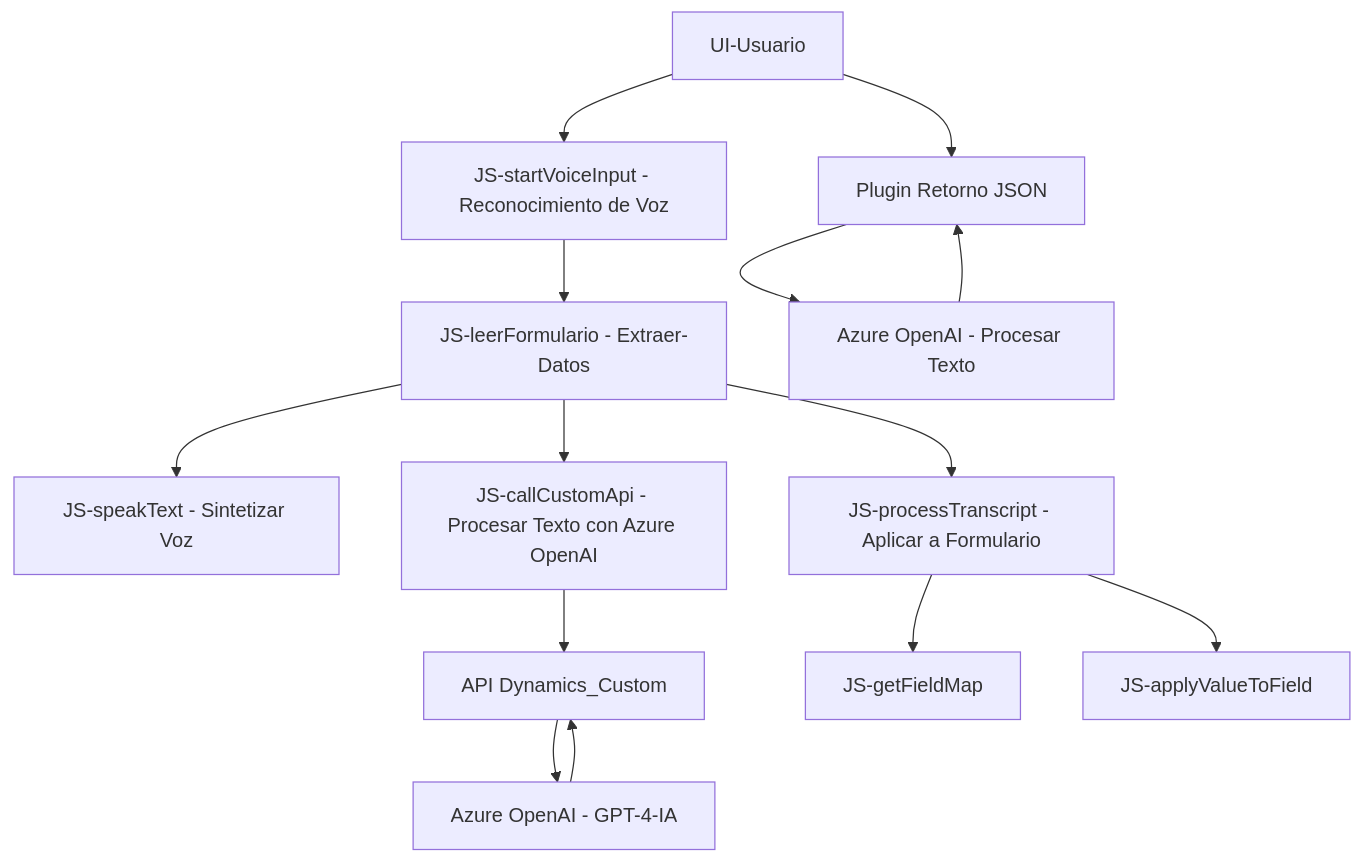
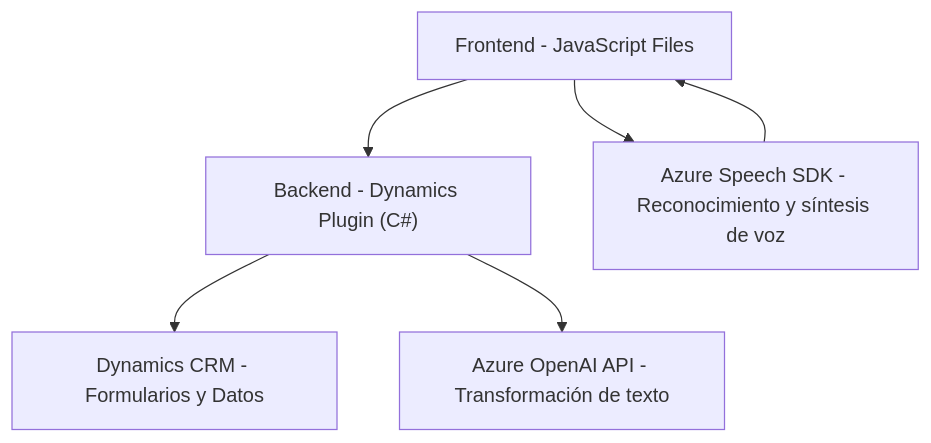
The diagram in README.md (blopezdm/NETCORE_BILBAO2025), drawn with Mermaid before and after one commit. The commit also changed other lines of this file, not shown here.

Commit message:
Actualizar análisis global de la solución con IA

````diff
--- a/README.md
+++ b/README.md
@@ -42,16 +44,14 @@
 ```mermaid
 graph TD
-    A["UI-Usuario"] --> B["JS-startVoiceInput - Reconocimiento de Voz"]
-    B --> C["JS-leerFormulario - Extraer-Datos"]
-    C --> D["JS-speakText - Sintetizar Voz"]
-    C --> E["JS-callCustomApi - Procesar Texto con Azure OpenAI"]
-    E --> F["API Dynamics_Custom"]
-    F --> G["Azure OpenAI - GPT-4-IA"]
-    G --> F 
-    C --> H["JS-processTranscript - Aplicar a Formulario"]
-    H --> I["JS-getFieldMap"]
-    H --> J["JS-applyValueToField"]
-    A --> K["Plugin-TransformTextWithAzure"]
-    K --> L["Azure OpenAI - Procesar Texto"]
-    L --> K["Plugin Retorno JSON"]
+    A["Frontend - JavaScript Files"]
+    B["Backend - Dynamics Plugin (C#)"]
+    C["Azure Speech SDK - Reconocimiento y síntesis de voz"]
+    D["Azure OpenAI API - Transformación de texto"]
+    E["Dynamics CRM - Formularios y Datos"]
+
+    A --> C
+    A --> B
+    B --> E
+    B --> D
+    C --> A
 ```
````
